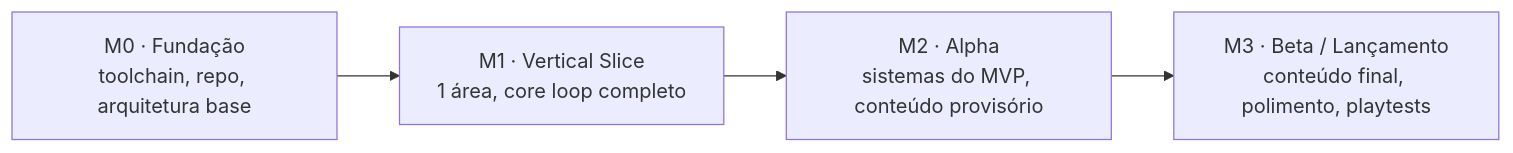
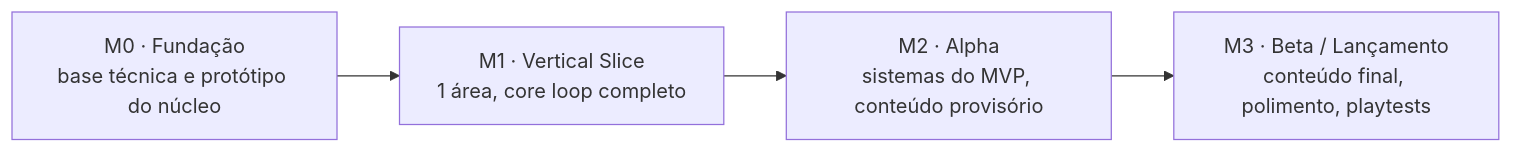
One commit to ddmelo0104/roblox-rpg-game changed the diagram in docs/planejamento/ROADMAP.md. Above: the diagram before and after it, drawn with Mermaid. The commit also changed other lines of this file and 15 other files, not shown here.

````diff
--- a/docs/planejamento/ROADMAP.md
+++ b/docs/planejamento/ROADMAP.md
@@ -5,6 +5,6 @@
 ```mermaid
 flowchart LR
-  M0["M0 · Fundação<br/>toolchain, repo, arquitetura base"] --> M1["M1 · Vertical Slice<br/>1 área, core loop completo"]
+  M0["M0 · Fundação<br/>base técnica e protótipo do núcleo"] --> M1["M1 · Vertical Slice<br/>1 área, core loop completo"]
   M1 --> M2["M2 · Alpha<br/>sistemas do MVP, conteúdo provisório"]
   M2 --> M3["M3 · Beta / Lançamento<br/>conteúdo final, polimento, playtests"]
 ```
````
